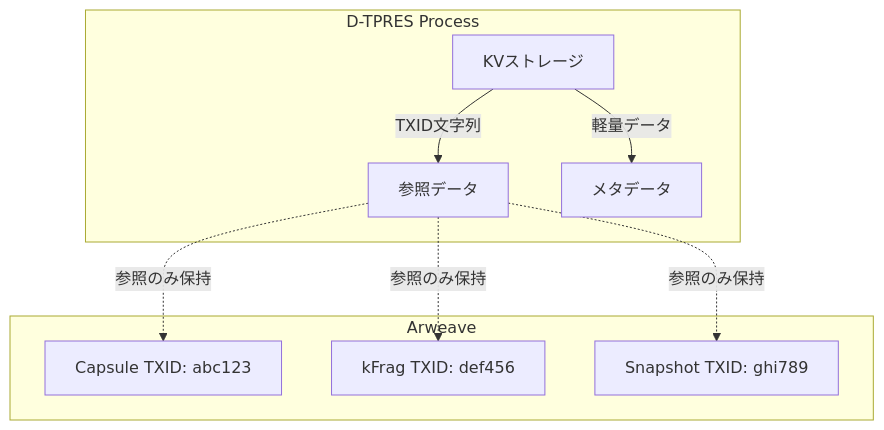
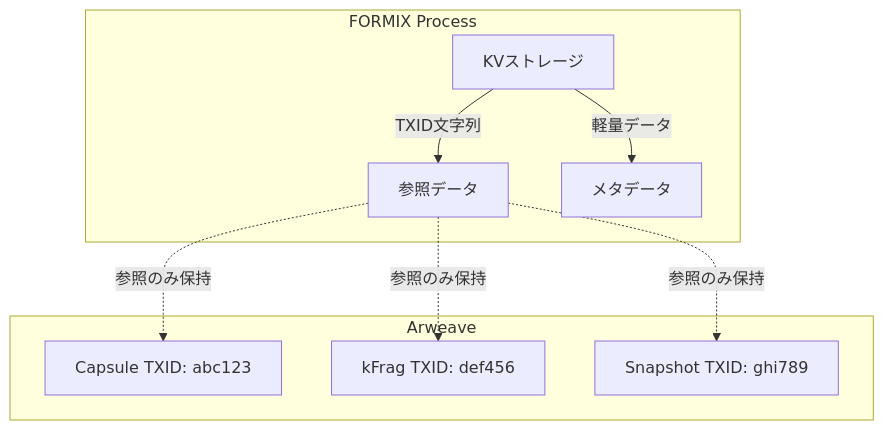
The eighth of 15 diagrams in docs/contracts/state/contract-state-detail.md (shodaimomiyama/D-TPRES), drawn with Mermaid before and after one commit. The commit also changed other lines of this file and 133 other files, not shown here.

First line of the commit message:
Rename D-TPRES to FORMIX across documentation and codebase

````diff
--- a/docs/contracts/state/contract-state-detail.md
+++ b/docs/contracts/state/contract-state-detail.md
@@ -398,21 +398,21 @@
 ```mermaid
 graph TB
-    subgraph "D-TPRES Process"
+    subgraph "FORMIX Process"
         KV[KVストレージ]
         REF[参照データ]
         META[メタデータ]
     end
 
     subgraph "Arweave"
         TX1[Capsule TXID: abc123]
         TX2[kFrag TXID: def456]
         TX3[Snapshot TXID: ghi789]
     end
 
     REF -.->|参照のみ保持| TX1
     REF -.->|参照のみ保持| TX2
     REF -.->|参照のみ保持| TX3
 
     KV -->|軽量データ| META
     KV -->|TXID文字列| REF
 ```
````
